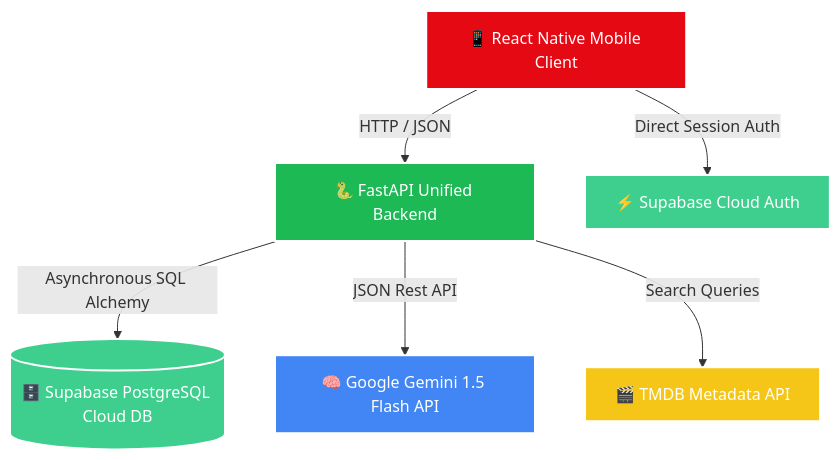
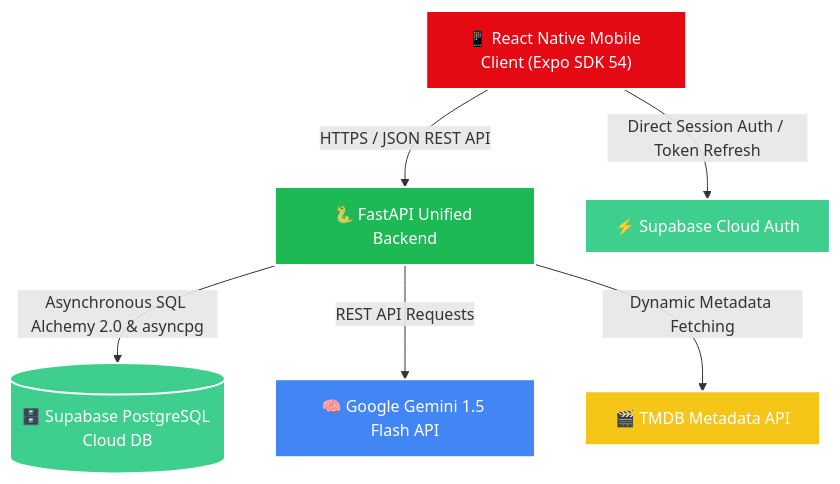
The first of 2 diagrams in README.md (cogniq-arpit/Cine-AI), drawn with Mermaid before and after one commit. The commit also changed other lines of this file and 18 other files, not shown here.

````diff
--- a/README.md
+++ b/README.md
@@ -18,16 +19,16 @@
 ```mermaid
 graph TD
-    A[📱 React Native Mobile Client] -->|HTTP / JSON| B[🐍 FastAPI Unified Backend]
-    A -->|Direct Session Auth| C[⚡ Supabase Cloud Auth]
+    A["📱 React Native Mobile Client (Expo SDK 54)"] -->|HTTPS / JSON REST API| B["🐍 FastAPI Unified Backend"]
+    A -->|Direct Session Auth / Token Refresh| C["⚡ Supabase Cloud Auth"]
     
-    B -->|Asynchronous SQL Alchemy| D[(🗄️ Supabase PostgreSQL Cloud DB)]
-    B -->|JSON Rest API| E[🧠 Google Gemini 1.5 Flash API]
-    B -->|Search Queries| F[🎬 TMDB Metadata API]
+    B -->|Asynchronous SQL Alchemy 2.0 & asyncpg| D[("🗄️ Supabase PostgreSQL Cloud DB")]
+    B -->|REST API Requests| E["🧠 Google Gemini 1.5 Flash API"]
+    B -->|Dynamic Metadata Fetching| F["🎬 TMDB Metadata API"]
 
     style A fill:#e50914,stroke:#fff,stroke-width:2px,color:#fff
     style B fill:#1db954,stroke:#fff,stroke-width:2px,color:#fff
     style C fill:#3ecf8e,stroke:#fff,stroke-width:2px,color:#fff
     style D fill:#3ecf8e,stroke:#fff,stroke-width:2px,color:#fff
     style E fill:#4285f4,stroke:#fff,stroke-width:2px,color:#fff
     style F fill:#f5c518,stroke:#fff,stroke-width:2px,color:#fff
 ```
````
